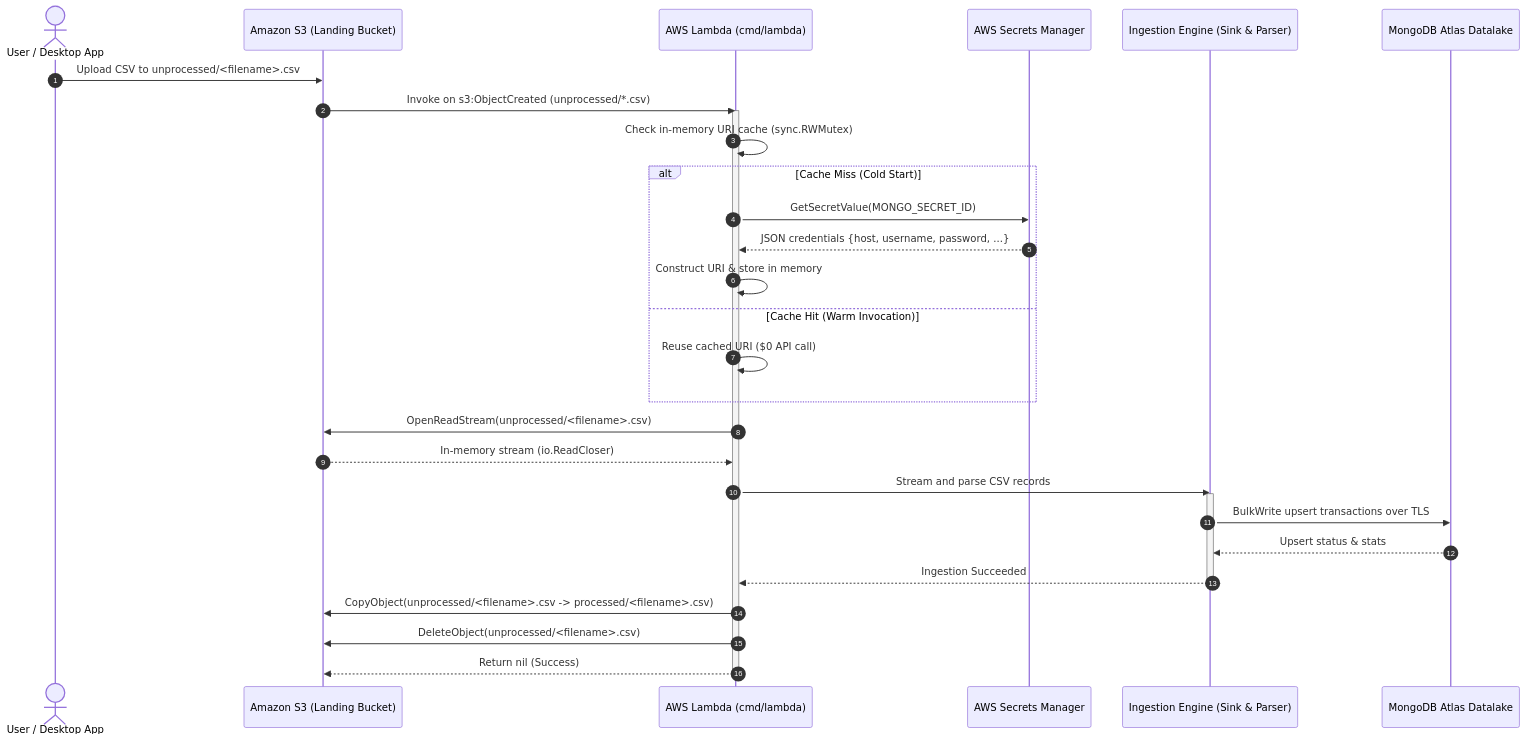
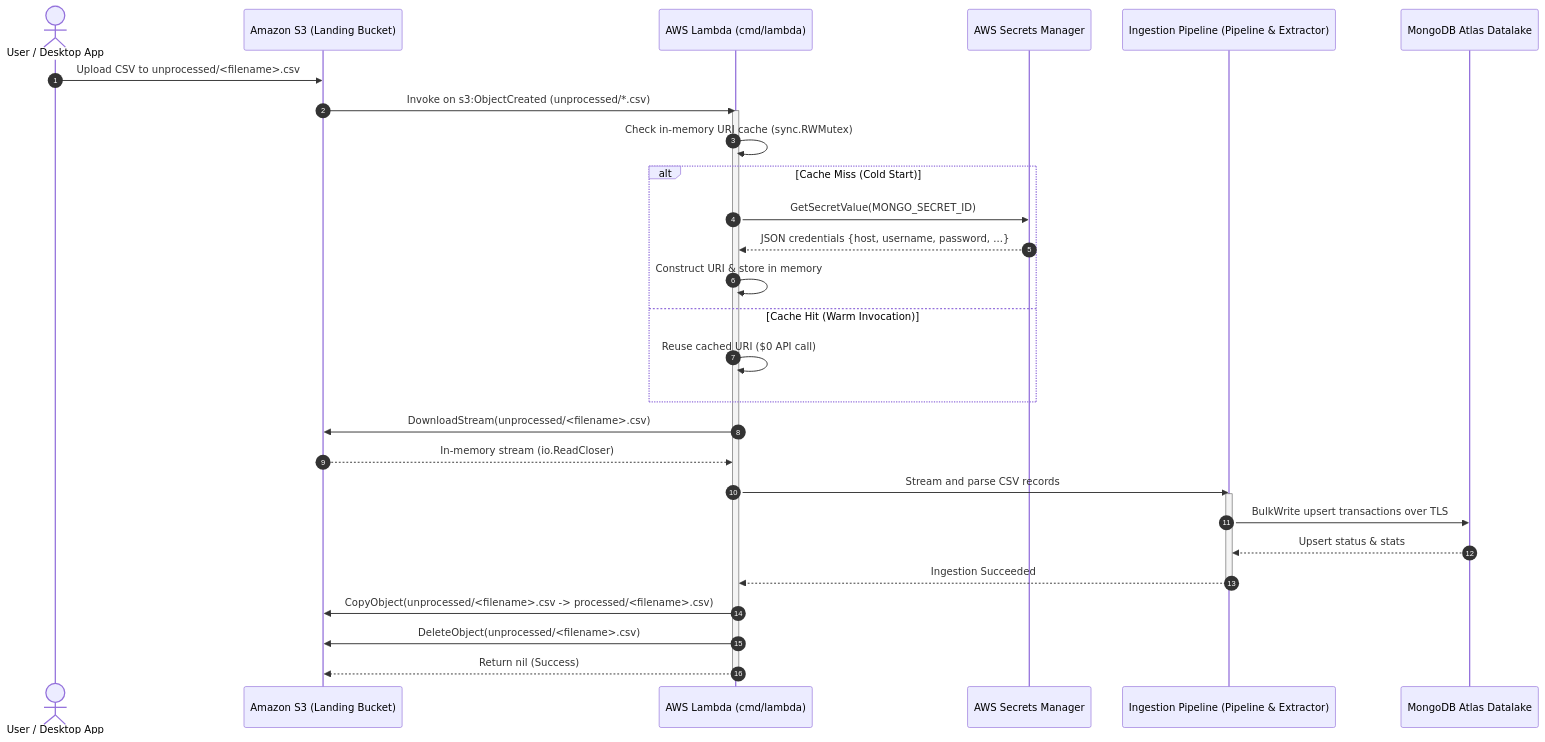
Before and after one commit to ajponte/babylon_deploy: the second of 3 diagrams in docs/specs/data-loader-serverless-pipeline.md, drawn with Mermaid. The commit also changed other lines of this file, not shown here.

Commit message:
docs(specs): remediate review findings for in-memory s3 streaming and diagram precision

````diff
--- a/docs/specs/data-loader-serverless-pipeline.md
+++ b/docs/specs/data-loader-serverless-pipeline.md
@@ -134,38 +134,38 @@
 ```mermaid
 sequenceDiagram
     autonumber
     actor Client as User / Desktop App
     participant S3 as Amazon S3 (Landing Bucket)
     participant L as AWS Lambda (cmd/lambda)
     participant SM as AWS Secrets Manager
-    participant Core as Ingestion Engine (Sink & Parser)
+    participant Core as Ingestion Pipeline (Pipeline & Extractor)
     participant Atlas as MongoDB Atlas Datalake
 
     Client->>S3: Upload CSV to unprocessed/<filename>.csv
     S3->>L: Invoke on s3:ObjectCreated (unprocessed/*.csv)
     activate L
 
     L->>L: Check in-memory URI cache (sync.RWMutex)
     alt Cache Miss (Cold Start)
         L->>SM: GetSecretValue(MONGO_SECRET_ID)
         SM-->>L: JSON credentials {host, username, password, ...}
         L->>L: Construct URI & store in memory
     else Cache Hit (Warm Invocation)
         L->>L: Reuse cached URI ($0 API call)
     end
 
-    L->>S3: OpenReadStream(unprocessed/<filename>.csv)
+    L->>S3: DownloadStream(unprocessed/<filename>.csv)
     S3-->>L: In-memory stream (io.ReadCloser)
 
     L->>Core: Stream and parse CSV records
     activate Core
     Core->>Atlas: BulkWrite upsert transactions over TLS
     Atlas-->>Core: Upsert status & stats
     Core-->>L: Ingestion Succeeded
     deactivate Core
 
     L->>S3: CopyObject(unprocessed/<filename>.csv -> processed/<filename>.csv)
     L->>S3: DeleteObject(unprocessed/<filename>.csv)
     L-->>S3: Return nil (Success)
     deactivate L
 ```
````
